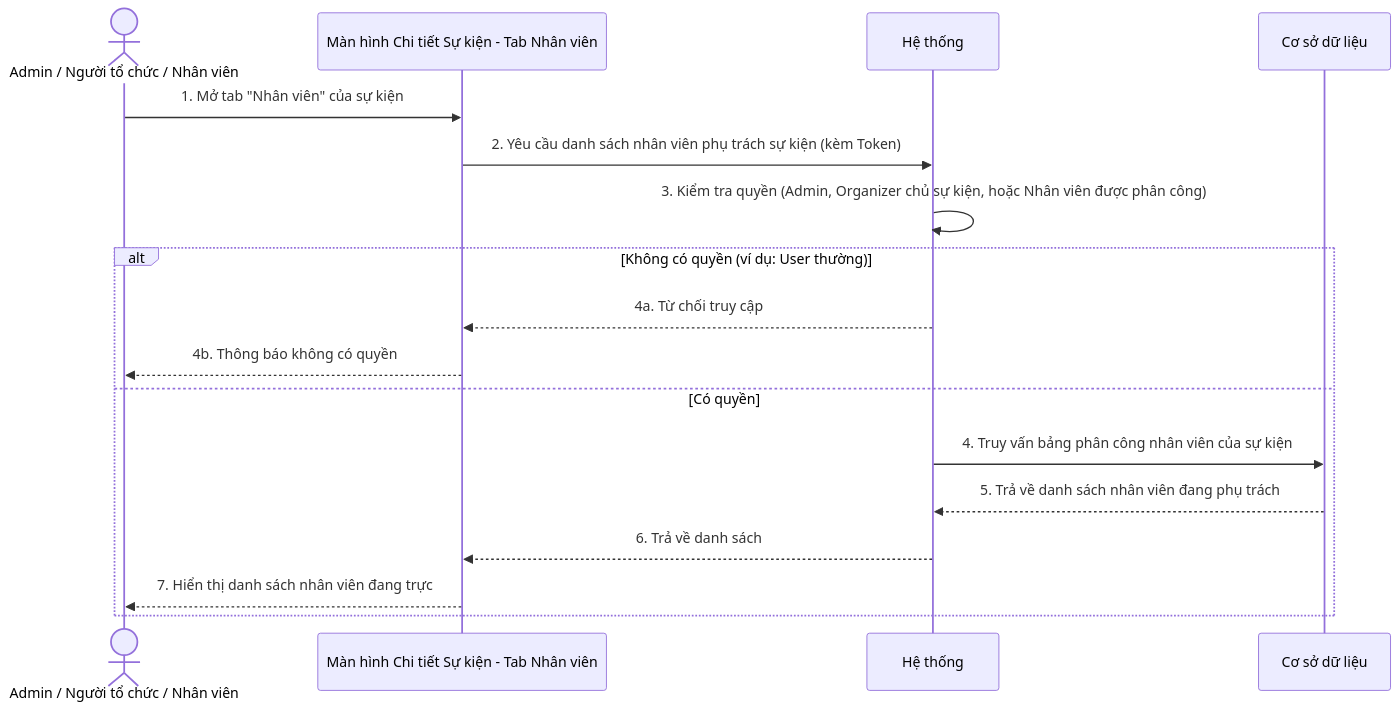
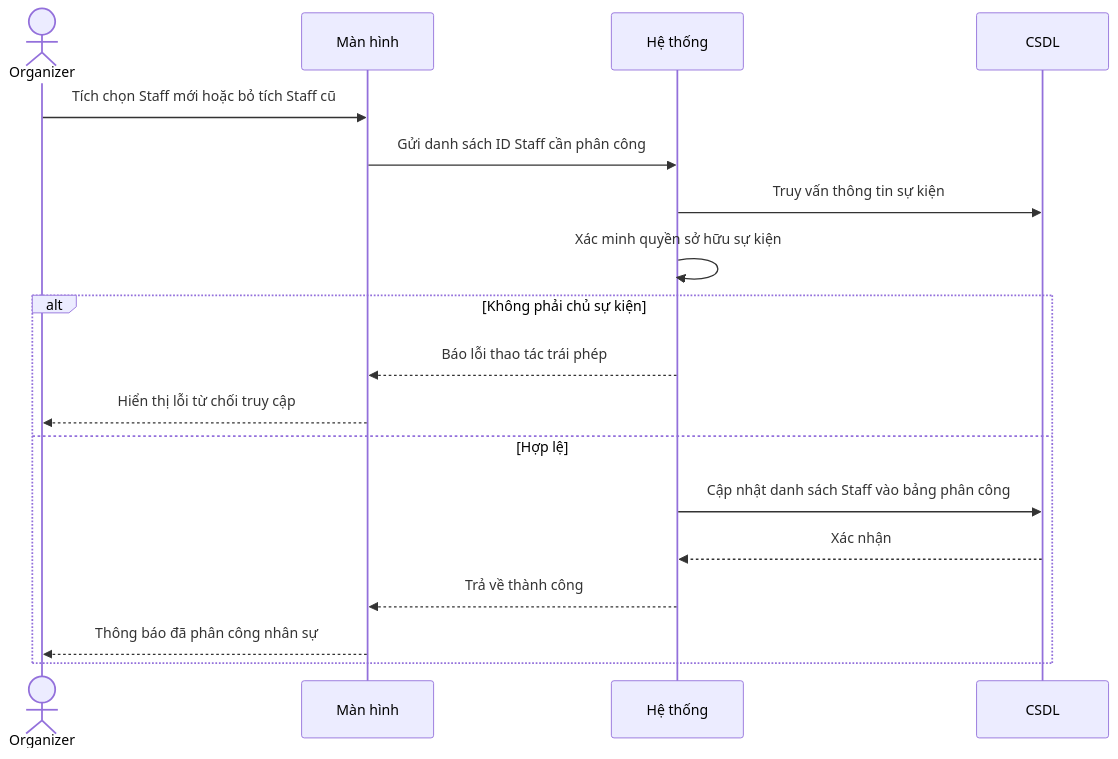
Before and after one commit to ChuDucAnh21/BE-quan-ly-su-kien: the diagram in doc/system_analysis/sequence diagram/05c_sequence_schedule_staff.md, drawn with Mermaid. The commit also changed other lines of this file and 14 other files, not shown here.

````diff
--- a/doc/system_analysis/sequence diagram/05c_sequence_schedule_staff.md
+++ b/doc/system_analysis/sequence diagram/05c_sequence_schedule_staff.md
@@ -39,20 +7,21 @@
 ```mermaid
 sequenceDiagram
-    actor User as Admin / Người tổ chức / Nhân viên
-    participant UI as Màn hình Chi tiết Sự kiện - Tab Nhân viên
-    participant HT as Hệ thống
-    participant DB as Cơ sở dữ liệu
+    actor Organizer
+    participant Màn hình
+    participant Hệ thống
+    participant CSDL
 
-    User->>UI: 1. Mở tab "Nhân viên" của sự kiện
-    UI->>HT: 2. Yêu cầu danh sách nhân viên phụ trách sự kiện (kèm Token)
-    HT->>HT: 3. Kiểm tra quyền (Admin, Organizer chủ sự kiện, hoặc Nhân viên được phân công)
-    alt Không có quyền (ví dụ: User thường)
-        HT-->>UI: 4a. Từ chối truy cập
-        UI-->>User: 4b. Thông báo không có quyền
-    else Có quyền
-        HT->>DB: 4. Truy vấn bảng phân công nhân viên của sự kiện
-        DB-->>HT: 5. Trả về danh sách nhân viên đang phụ trách
-        HT-->>UI: 6. Trả về danh sách
-        UI-->>User: 7. Hiển thị danh sách nhân viên đang trực
+    Organizer->>Màn hình: Tích chọn Staff mới hoặc bỏ tích Staff cũ
+    Màn hình->>Hệ thống: Gửi danh sách ID Staff cần phân công
+    Hệ thống->>CSDL: Truy vấn thông tin sự kiện
+    Hệ thống->>Hệ thống: Xác minh quyền sở hữu sự kiện
+    alt Không phải chủ sự kiện
+        Hệ thống-->>Màn hình: Báo lỗi thao tác trái phép
+        Màn hình-->>Organizer: Hiển thị lỗi từ chối truy cập
+    else Hợp lệ
+        Hệ thống->>CSDL: Cập nhật danh sách Staff vào bảng phân công
+        CSDL-->>Hệ thống: Xác nhận
+        Hệ thống-->>Màn hình: Trả về thành công
+        Màn hình-->>Organizer: Thông báo đã phân công nhân sự
     end
 ```
````
